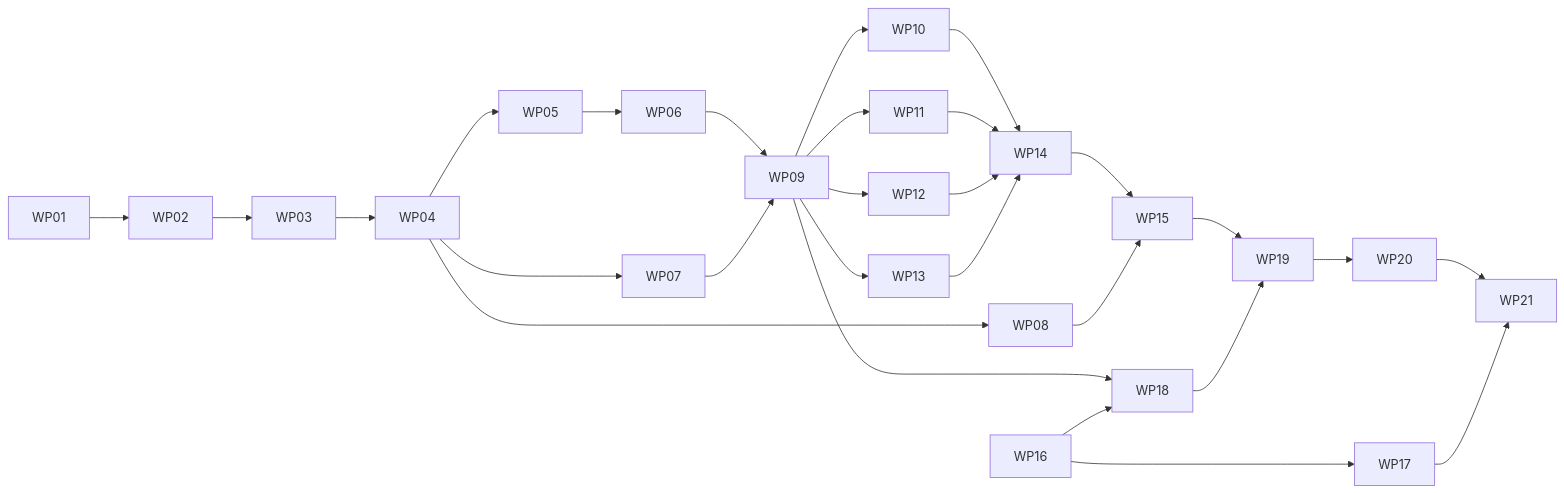
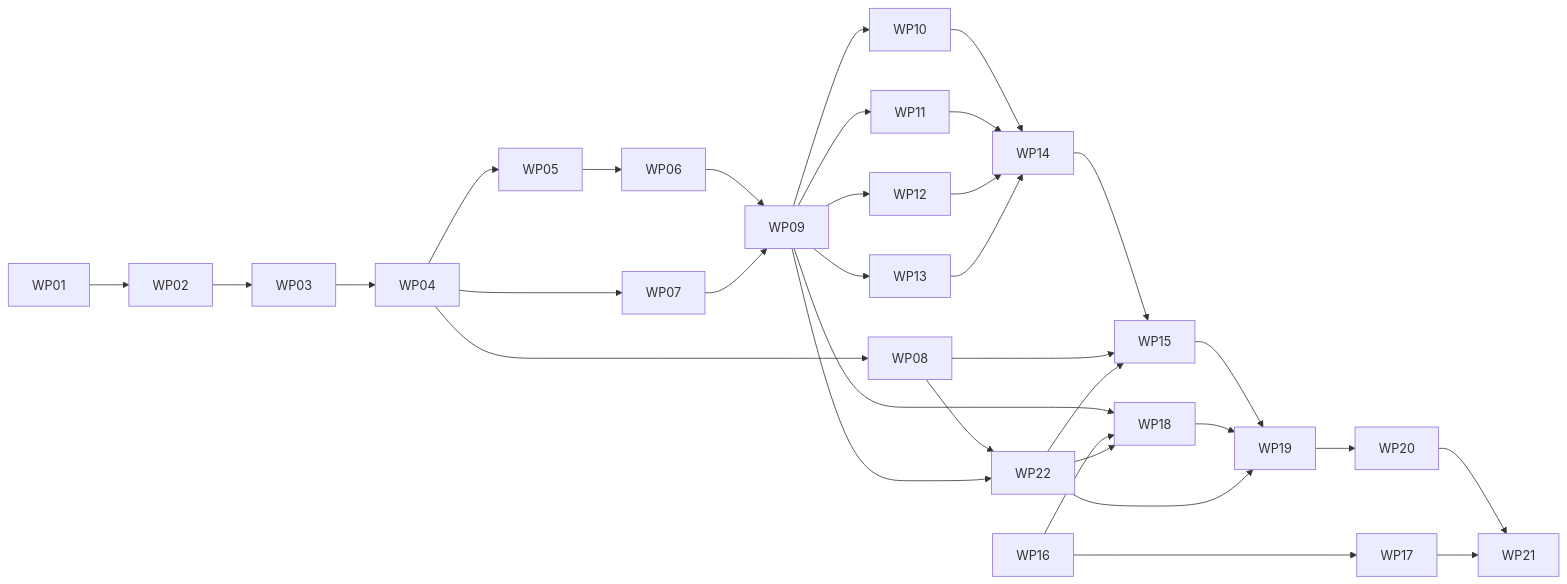
The diagram in kitty-specs/semantic-foundation-rebuild-01M5JFR0/tasks.md (unknownlab/telos), drawn with Mermaid before and after one commit. The commit also changed other lines of this file and 14 other files, not shown here.

````diff
--- a/kitty-specs/semantic-foundation-rebuild-01M5JFR0/tasks.md
+++ b/kitty-specs/semantic-foundation-rebuild-01M5JFR0/tasks.md
@@ -698,14 +732,15 @@
 ```mermaid
 flowchart LR
   WP01 --> WP02 --> WP03 --> WP04
   WP04 --> WP05 & WP07 & WP08
   WP05 --> WP06
   WP06 & WP07 --> WP09
   WP09 --> WP10 & WP11 & WP12 & WP13
   WP10 & WP11 & WP12 & WP13 --> WP14
-  WP14 & WP08 --> WP15
+  WP08 & WP09 --> WP22
+  WP14 & WP08 & WP22 --> WP15
   WP16 --> WP17
-  WP09 & WP16 --> WP18
-  WP15 & WP18 --> WP19 --> WP20
+  WP09 & WP16 & WP22 --> WP18
+  WP15 & WP18 & WP22 --> WP19 --> WP20
   WP20 & WP17 --> WP21
 ```
````
